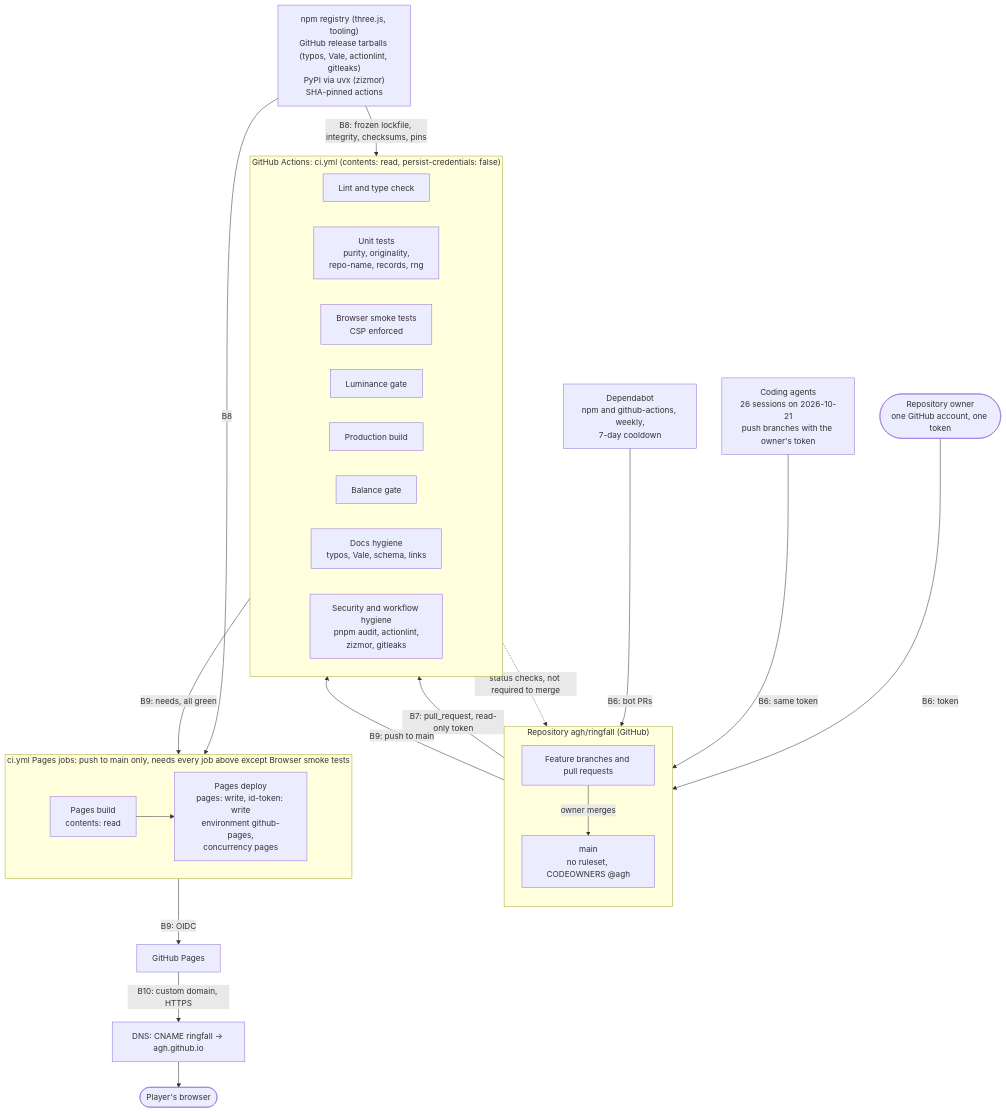
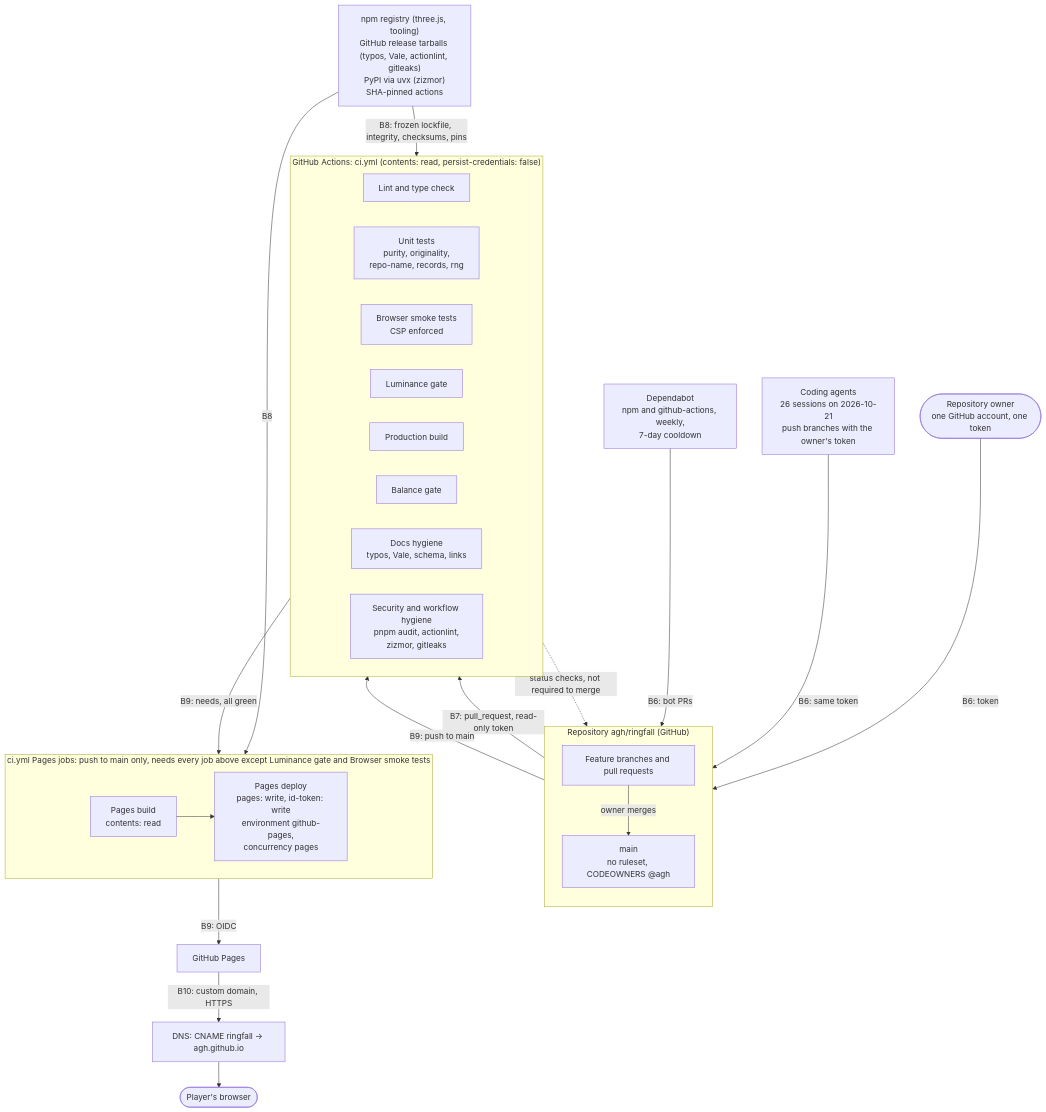
One commit to agh/ringfall changed the second of 2 diagrams in docs/threat-model.md. Above: the diagram before and after it, drawn with Mermaid. The commit also changed other lines of this file and 6 other files, not shown here.

First line of the commit message:
docs: follow PR #100 in the runbook, threat model, architecture and changelog

````diff
--- a/docs/threat-model.md
+++ b/docs/threat-model.md
@@ -90,48 +90,48 @@
 ```mermaid
 flowchart TB
   owner(["Repository owner<br/>one GitHub account, one token"])
   agents["Coding agents<br/>26 sessions on 2026-10-21<br/>push branches with the owner's token"]
   dependabot["Dependabot<br/>npm and github-actions, weekly,<br/>7-day cooldown"]
 
   subgraph repo["Repository agh/ringfall (GitHub)"]
     direction TB
     branches["Feature branches and pull requests"]
     main["main<br/>no ruleset, CODEOWNERS @agh"]
   end
 
   subgraph ci["GitHub Actions: ci.yml (contents: read, persist-credentials: false)"]
     direction LR
     lint["Lint and type check"]
     unit["Unit tests<br/>purity, originality,<br/>repo-name, records, rng"]
     e2e["Browser smoke tests<br/>CSP enforced"]
     frames["Luminance gate"]
     build["Production build"]
     balance["Balance gate"]
     docs["Docs hygiene<br/>typos, Vale, schema, links"]
     security["Security and workflow hygiene<br/>pnpm audit, actionlint,<br/>zizmor, gitleaks"]
   end
 
-  subgraph deploy["ci.yml Pages jobs: push to main only, needs every job above except Browser smoke tests"]
+  subgraph deploy["ci.yml Pages jobs: push to main only, needs every job above except Luminance gate and Browser smoke tests"]
     direction LR
     dbuild["Pages build<br/>contents: read"]
     ddeploy["Pages deploy<br/>pages: write, id-token: write<br/>environment github-pages,<br/>concurrency pages"]
   end
 
   registries["npm registry (three.js, tooling)<br/>GitHub release tarballs (typos, Vale, actionlint, gitleaks)<br/>PyPI via uvx (zizmor)<br/>SHA-pinned actions"]
   pagesHost["GitHub Pages"]
   dns["DNS: CNAME ringfall -> agh.github.io"]
   player(["Player's browser"])
 
   owner -->|"B6: token"| branches
   agents -->|"B6: same token"| branches
   dependabot -->|"B6: bot PRs"| branches
   branches -->|"B7: pull_request, read-only token"| ci
   registries -->|"B8: frozen lockfile, integrity, checksums, pins"| ci
   registries -->|"B8"| dbuild
   ci -.->|"status checks, not required to merge"| main
   branches -->|"owner merges"| main
   main -->|"B9: push to main"| ci
   ci -->|"B9: needs, all green"| dbuild --> ddeploy
   ddeploy -->|"B9: OIDC"| pagesHost
   pagesHost -->|"B10: custom domain, HTTPS"| dns --> player
 ```
````
